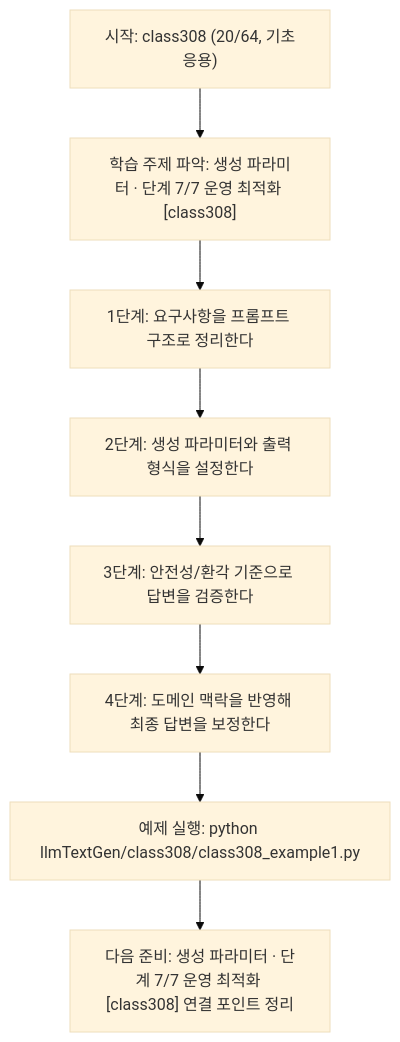
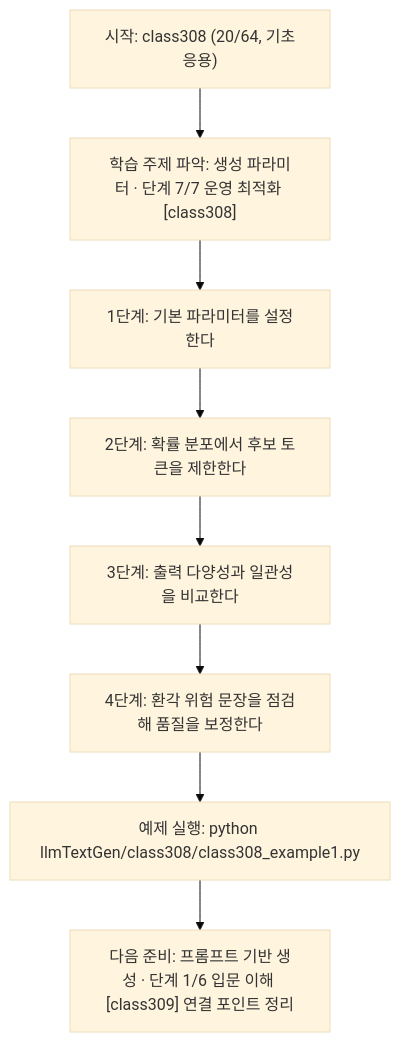
One commit to edumgt/Python-AI_Agent-Class changed the diagram in llmTextGen/class308/class308.md. Above: the diagram before and after it, drawn with Mermaid (base theme). The commit also changed other lines of this file and 451 other files, not shown here.

````diff
--- a/llmTextGen/class308/class308.md
+++ b/llmTextGen/class308/class308.md
@@ -113,18 +95,18 @@
 ```mermaid
 flowchart TD
 N1["시작: class308 (20/64, 기초응용)"]
 N2["학습 주제 파악: 생성 파라미터 · 단계 7/7 운영 최적화 [class308]"]
-N3["1단계: 요구사항을 프롬프트 구조로 정리한다"]
-N4["2단계: 생성 파라미터와 출력 형식을 설정한다"]
-N5["3단계: 안전성/환각 기준으로 답변을 검증한다"]
-N6["4단계: 도메인 맥락을 반영해 최종 답변을 보정한다"]
+N3["1단계: 기본 파라미터를 설정한다"]
+N4["2단계: 확률 분포에서 후보 토큰을 제한한다"]
+N5["3단계: 출력 다양성과 일관성을 비교한다"]
+N6["4단계: 환각 위험 문장을 점검해 품질을 보정한다"]
 N7["예제 실행: python llmTextGen/class308/class308_example1.py"]
-N8["다음 준비: 생성 파라미터 · 단계 7/7 운영 최적화 [class308] 연결 포인트 정리"]
+N8["다음 준비: 프롬프트 기반 생성 · 단계 1/6 입문 이해 [class309] 연결 포인트 정리"]
 N1 --> N2
 N2 --> N3
 N3 --> N4
 N4 --> N5
 N5 --> N6
 N6 --> N7
 N7 --> N8
 ```
````
